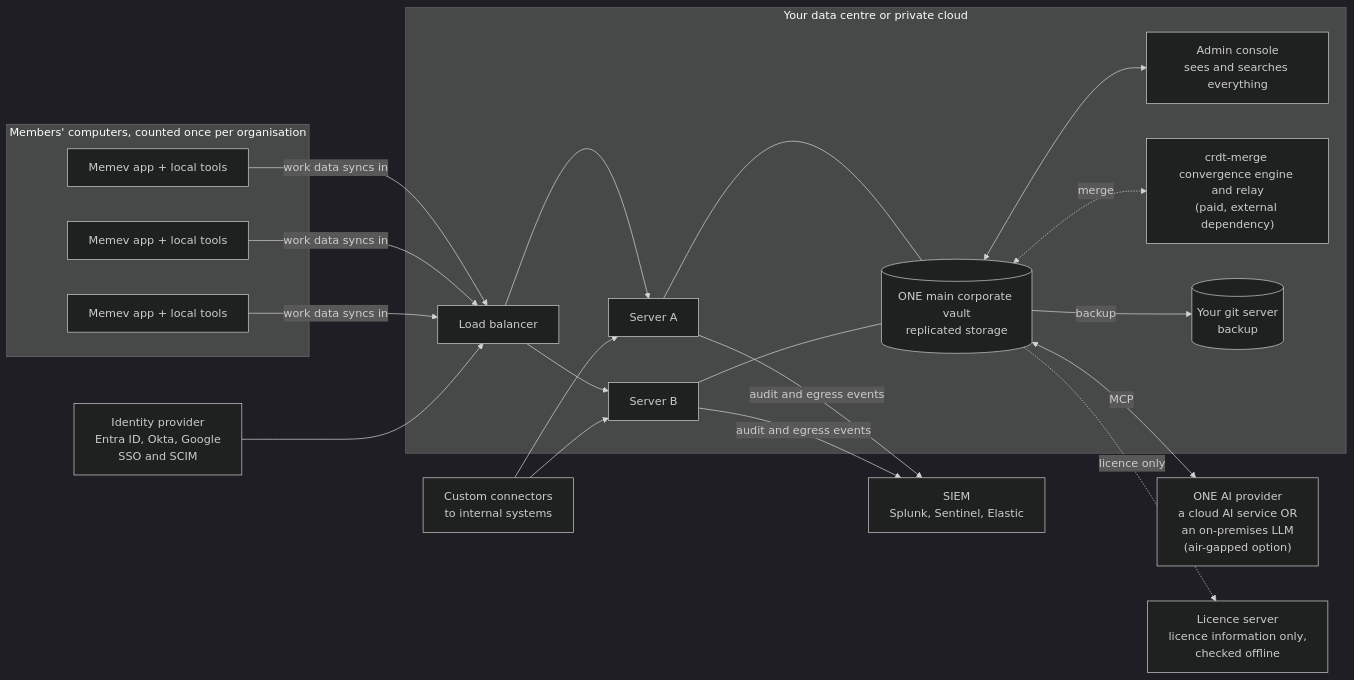
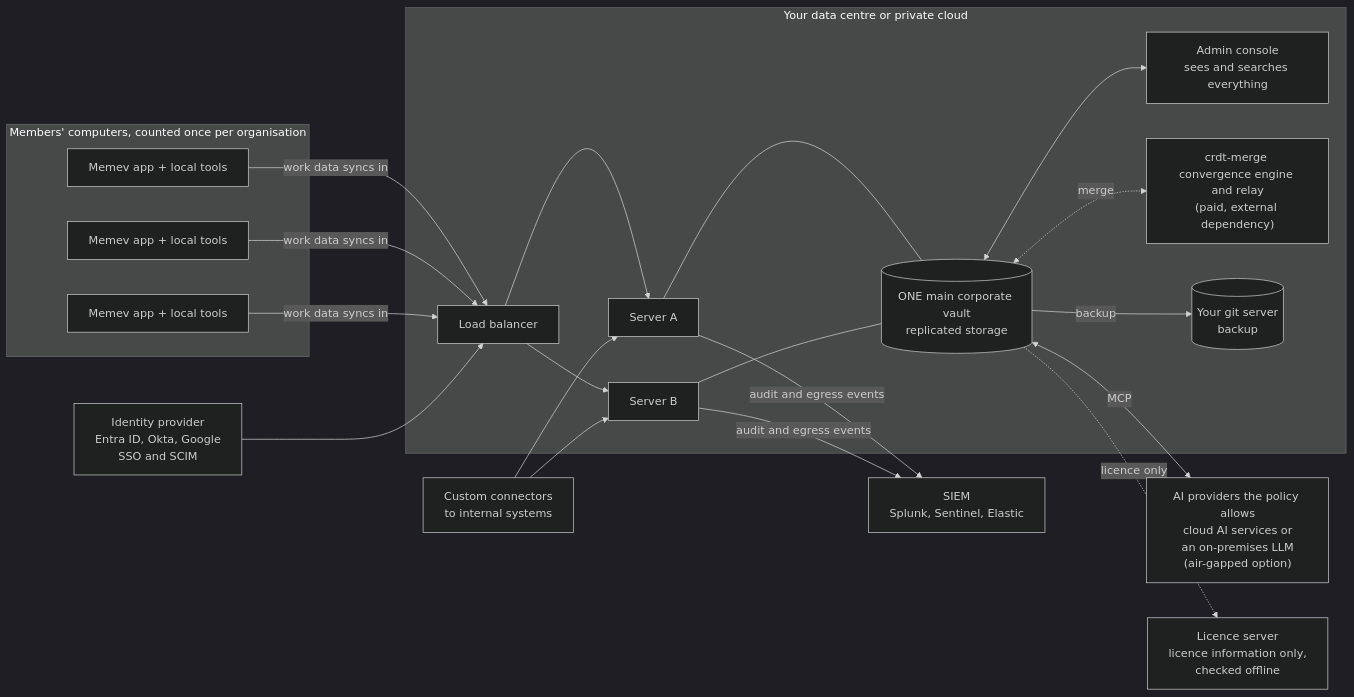
One commit to mgillr/memev changed the diagram in docs/tiers/corporate.md. Above: the diagram before and after it, drawn with Mermaid (dark theme). The commit also changed other lines of this file and 21 other files, not shown here.

````diff
--- a/docs/tiers/corporate.md
+++ b/docs/tiers/corporate.md
@@ -26,34 +27,34 @@
 ```mermaid
 flowchart LR
     subgraph members["Members' computers, counted once per organisation"]
         ma["Memev app + local tools"]
         mb["Memev app + local tools"]
         mc["Memev app + local tools"]
     end
     subgraph dc["Your data centre or private cloud"]
         lb["Load balancer"]
         hubA["Server A"]
         hubB["Server B"]
         store[("ONE main corporate vault<br/>replicated storage")]
         admin["Admin console<br/>sees and searches everything"]
         engine["crdt-merge convergence engine and relay<br/>(paid, external dependency)"]
         gitsrv[("Your git server<br/>backup")]
         lb --> hubA & hubB
         hubA & hubB --- store
         store -->|backup| gitsrv
         store <--> admin
         store <-.->|merge| engine
     end
-    provider["ONE AI provider<br/>a cloud AI service OR<br/>an on-premises LLM<br/>(air-gapped option)"]
+    provider["AI providers the policy allows<br/>cloud AI services or<br/>an on-premises LLM<br/>(air-gapped option)"]
     idp["Identity provider<br/>Entra ID, Okta, Google<br/>SSO and SCIM"]
     siem["SIEM<br/>Splunk, Sentinel, Elastic"]
     lic["Licence server<br/>licence information only,<br/>checked offline"]
     custom["Custom connectors<br/>to internal systems"]
 
     ma & mb & mc -->|"work data syncs in"| lb
     idp --> lb
     store <-->|"MCP"| provider
     hubA & hubB -->|"audit and egress events"| siem
     store -.->|"licence only"| lic
     custom --> hubA & hubB
 ```
````
